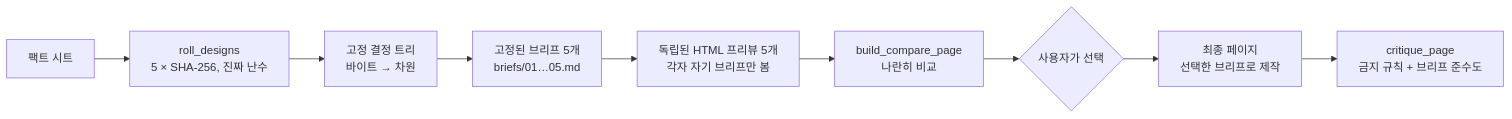
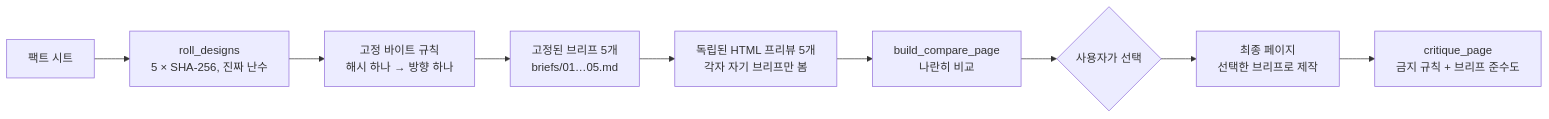
One commit to qybaihe/hash-design changed the diagram in README.ko.md. Above: the diagram before and after it, drawn with Mermaid. The commit also changed other lines of this file and 4 other files, not shown here.

````diff
--- a/README.ko.md
+++ b/README.ko.md
@@ -184,11 +182,11 @@
 ```mermaid
 flowchart LR
   A[팩트 시트] --> B[roll_designs<br/>5 × SHA-256, 진짜 난수]
-  B --> C[고정 결정 트리<br/>바이트 → 차원]
+  B --> C[고정 바이트 규칙<br/>해시 하나 → 방향 하나]
   C --> D[고정된 브리프 5개<br/>briefs/01…05.md]
   D --> E[독립된 HTML 프리뷰 5개<br/>각자 자기 브리프만 봄]
   E --> F[build_compare_page<br/>나란히 비교]
   F --> G{사용자가 선택}
   G --> H[최종 페이지<br/>선택한 브리프로 제작]
   H --> I[critique_page<br/>금지 규칙 + 브리프 준수도]
 ```
````
